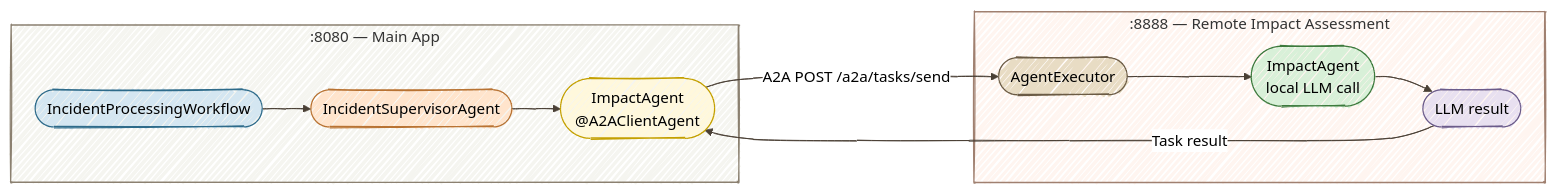
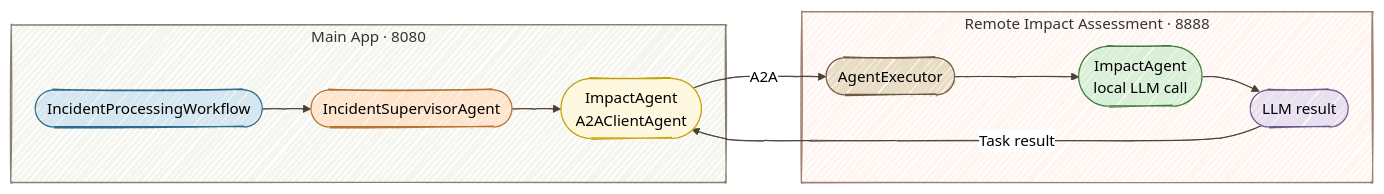
The diagram in docs/07-a2a/START_HERE.md (danieloh30/techxchange-2026-quarkus-bob-lab), drawn with Mermaid before and after one commit. The commit also changed 1 other file, not shown here.

Commit message:
fix(mermaid): restructure A2A flowchart for Mermaid v11.16 compatibility
Define nodes separately from subgraphs, remove @ prefix and slashes
from labels that break the Mermaid parser.

````diff
--- a/docs/07-a2a/START_HERE.md
+++ b/docs/07-a2a/START_HERE.md
@@ -64,29 +64,36 @@
 ```mermaid
 %%{init: {'look':'handDrawn','theme':'neutral','themeVariables': {'lineColor':'#4A4035'}}}%%
 flowchart LR
-    subgraph main[":8080 — Main App"]
-        IPW([IncidentProcessingWorkflow])
-        ISA([IncidentSupervisorAgent])
-        IA(["ImpactAgent<br/>@A2AClientAgent"])
+    IPW([IncidentProcessingWorkflow])
+    ISA([IncidentSupervisorAgent])
+    IA(["ImpactAgent<br/>A2AClientAgent"])
+    AE([AgentExecutor])
+    RIA(["ImpactAgent<br/>local LLM call"])
+    LLM([LLM result])
+
+    subgraph main["Main App · 8080"]
+        IPW
+        ISA
+        IA
     end
 
-    subgraph remote[":8888 — Remote Impact Assessment"]
-        AE([AgentExecutor])
-        RIA(["ImpactAgent<br/>local LLM call"])
-        LLM(["LLM result"])
+    subgraph remote["Remote Impact Assessment · 8888"]
+        AE
+        RIA
+        LLM
     end
 
     IPW --> ISA --> IA
-    IA -->|A2A POST /a2a/tasks/send| AE
+    IA -->|A2A| AE
     AE --> RIA --> LLM
     LLM -->|Task result| IA
 
     style IPW fill:#D4E6F1,stroke:#2E6B8A
     style ISA fill:#FFE4CC,stroke:#B87333
     style IA fill:#FFF8DC,stroke:#C4A000
     style AE fill:#E8DCC4,stroke:#6B5B45
     style RIA fill:#D8F0D8,stroke:#3D7A3D
     style LLM fill:#E8E0F0,stroke:#6B5B8A
     style main fill:#F5F5F0,stroke:#8B8070
     style remote fill:#FFF5F0,stroke:#A08070
 ```
````
